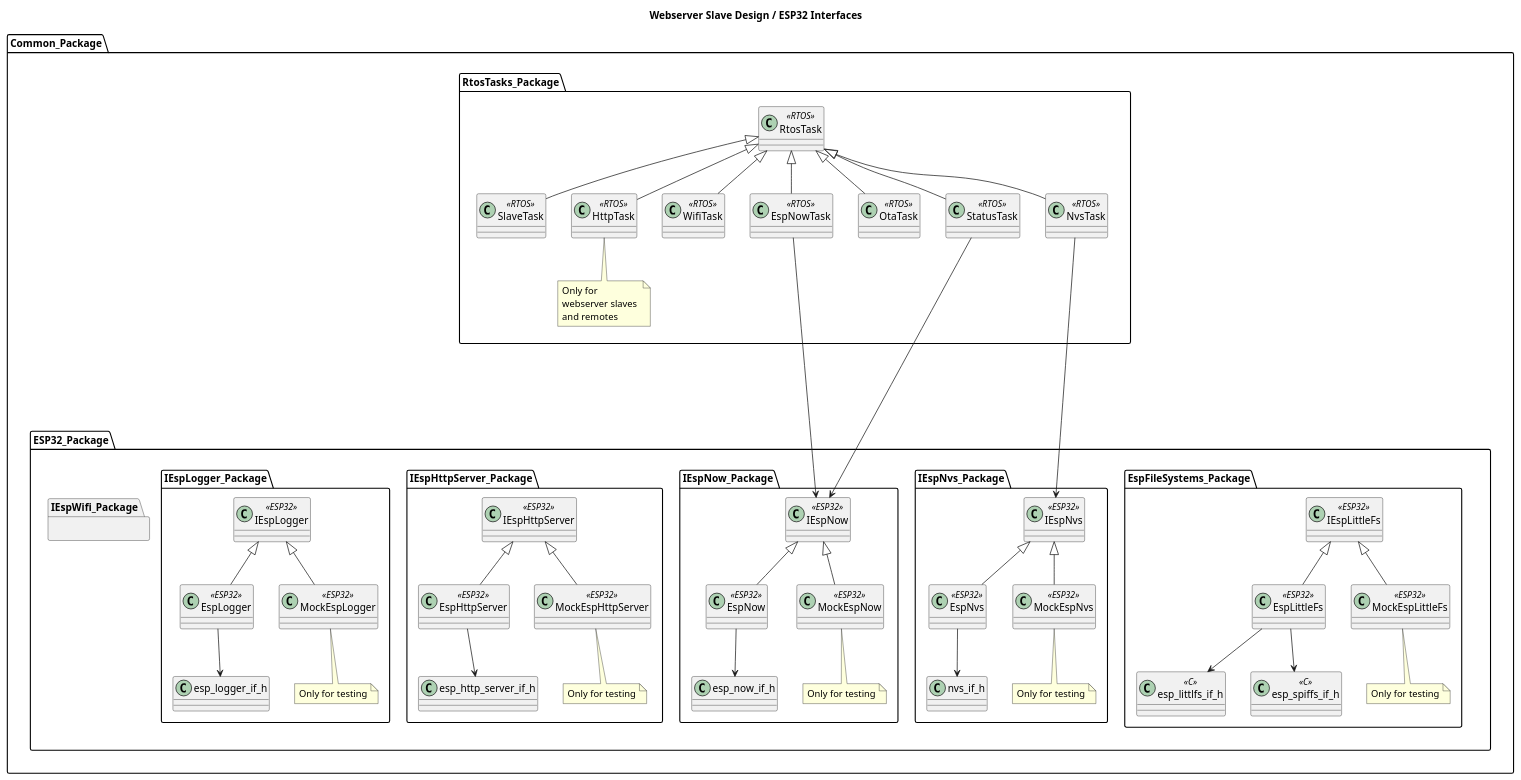
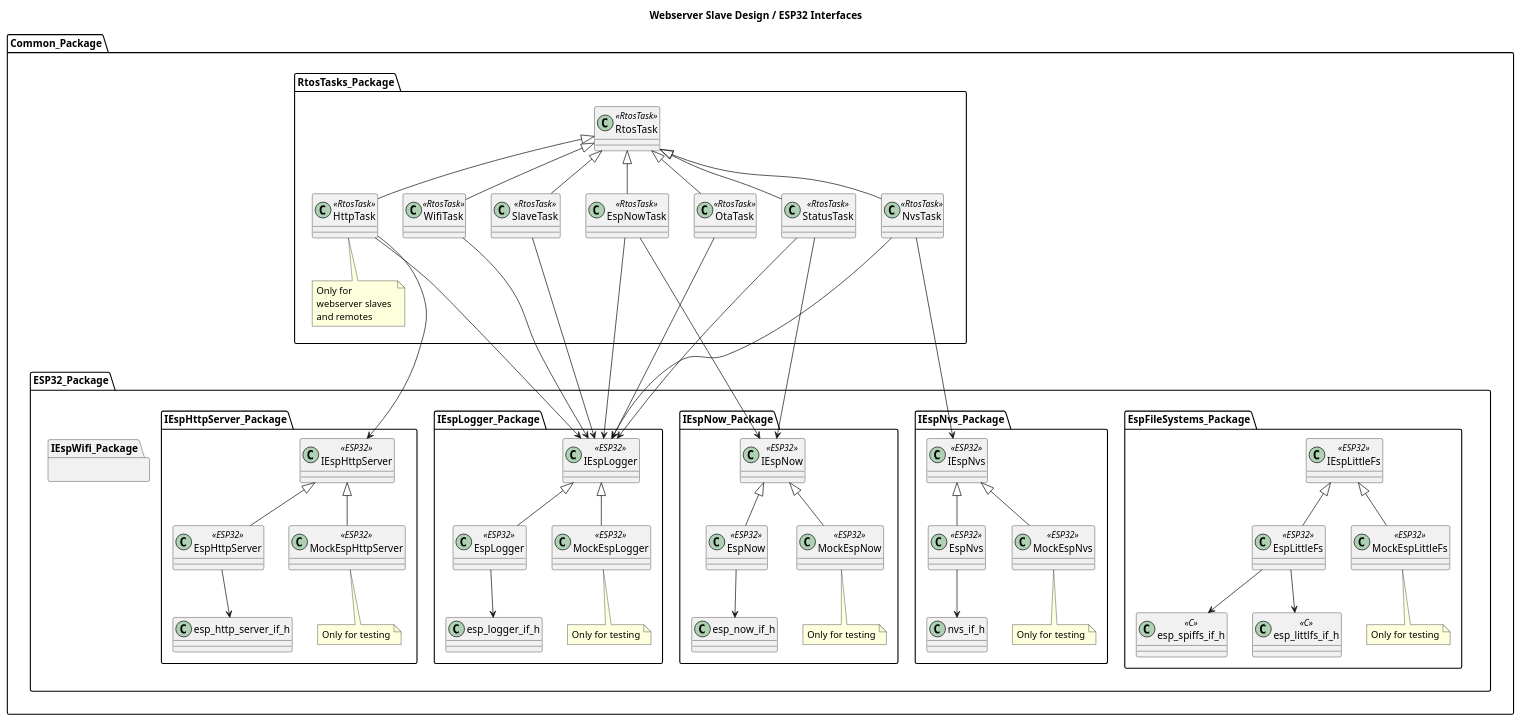
One commit to michelkeijzers/Esp32Framework changed the fourth of 4 diagrams in docs/requirements_and_dds/slaves/webserver_slave.puml. Above: the diagram before and after it, drawn with PlantUML. The commit also changed other lines of this file and 10 other files, not shown here.

Commit message:
Mock Esp now renaming, removed handler

```diff
--- a/docs/requirements_and_dds/slaves/webserver_slave.puml
+++ b/docs/requirements_and_dds/slaves/webserver_slave.puml
@@ -188,129 +189,138 @@
 @startuml 
 
 title Webserver Slave Design / ESP32 Interfaces
 
 package Common_Package
 {
     package RtosTasks_Package
     {
-        class RtosTask <<RTOS>> {}
+        class RtosTask <<RtosTask>> {}
 
-        class SlaveTask <<RTOS>> {}
-        class HttpTask <<RTOS>> {}
+        class SlaveTask <<RtosTask>> {}
+        class HttpTask <<RtosTask>> {}
         note bottom of HttpTask
             Only for
             webserver slaves 
             and remotes
         end note        
-        class WifiTask <<RTOS>> {}
-        class EspNowTask <<RTOS>> {}
-        class OtaTask <<RTOS>> {}
-        class StatusTask <<RTOS>> {}
-        class NvsTask <<RTOS>> {}
+        class WifiTask <<RtosTask>> {}
+        class EspNowTask <<RtosTask>> {}
+        class OtaTask <<RtosTask>> {}
+        class StatusTask <<RtosTask>> {}
+        class NvsTask <<RtosTask>> {}
 
         SlaveTask -u-|> RtosTask
         HttpTask -u-|> RtosTask
         WifiTask -u-|> RtosTask
         EspNowTask -u-|> RtosTask
         OtaTask -u-|> RtosTask
         StatusTask -u-|> RtosTask
         NvsTask -u-|> RtosTask
         
     }
 
     package ESP32_Package
     {
         package EspFileSystems_Package     
         {
             class IEspLittleFs <<ESP32>> {}
             class EspLittleFs <<ESP32>> {}
             class MockEspLittleFs <<ESP32>> {}
             class esp_littlfs_if_h <<C>> {}
             class esp_spiffs_if_h <<C>> {}
 
             EspLittleFs -u-|> IEspLittleFs
             MockEspLittleFs -u-|> IEspLittleFs
             note bottom of MockEspLittleFs
                 Only for testing
             end note
             EspLittleFs --> esp_littlfs_if_h
             EspLittleFs --> esp_spiffs_if_h
         }
 
         package IEspWifi_Package
         {
 
         }
         
         package IEspNow_Package
         {
             class IEspNow <<ESP32>> {}
             class EspNow <<ESP32>> {}   
             class MockEspNow <<ESP32>> {}
 
             EspNow -u-|> IEspNow
             MockEspNow -u-|> IEspNow
             note bottom of MockEspNow
                 Only for testing
             end note
 
             EspNow --> esp_now_if_h
         }
 
         package IEspNvs_Package 
         {
             class IEspNvs <<ESP32>> {}
             class EspNvs <<ESP32>> {}
             class MockEspNvs <<ESP32>> {}
 
             EspNvs -u-|> IEspNvs
             MockEspNvs -u-|> IEspNvs
             note bottom of MockEspNvs
                 Only for testing
             end note
 
             EspNvs --> nvs_if_h
         }
 
         package IEspHttpServer_Package
         {
             class IEspHttpServer <<ESP32>> {}
             class EspHttpServer <<ESP32>> {}    
             class MockEspHttpServer <<ESP32>> {}
 
             EspHttpServer -u-|> IEspHttpServer
             MockEspHttpServer -u-|> IEspHttpServer
             note bottom of MockEspHttpServer
                 Only for testing
             end note
 
             EspHttpServer --> esp_http_server_if_h
         }
 
         package IEspLogger_Package
         {
             class IEspLogger <<ESP32>> {}
             class EspLogger <<ESP32>> {}
             class MockEspLogger <<ESP32>> {}
 
             EspLogger -u-|> IEspLogger
             MockEspLogger -u-|> IEspLogger
             note bottom of MockEspLogger
                 Only for testing
             end note
 
             EspLogger --> esp_logger_if_h
         }
 
 
     }
 
     ESP32_Package -[hidden]u-----> RtosTasks_Package 
 
+    SlaveTask --> IEspLogger
+    HttpTask --> IEspLogger
+    WifiTask --> IEspLogger
+    EspNowTask --> IEspLogger
+    OtaTask --> IEspLogger
+    StatusTask --> IEspLogger
+    NvsTask --> IEspLogger
+
     StatusTask --> IEspNow
     'WifiTask --> IEspWifi
+    HttpTask ---> IEspHttpServer
     EspNowTask --> IEspNow
     NvsTask --> IEspNvs
 }
 
 @enduml
```
